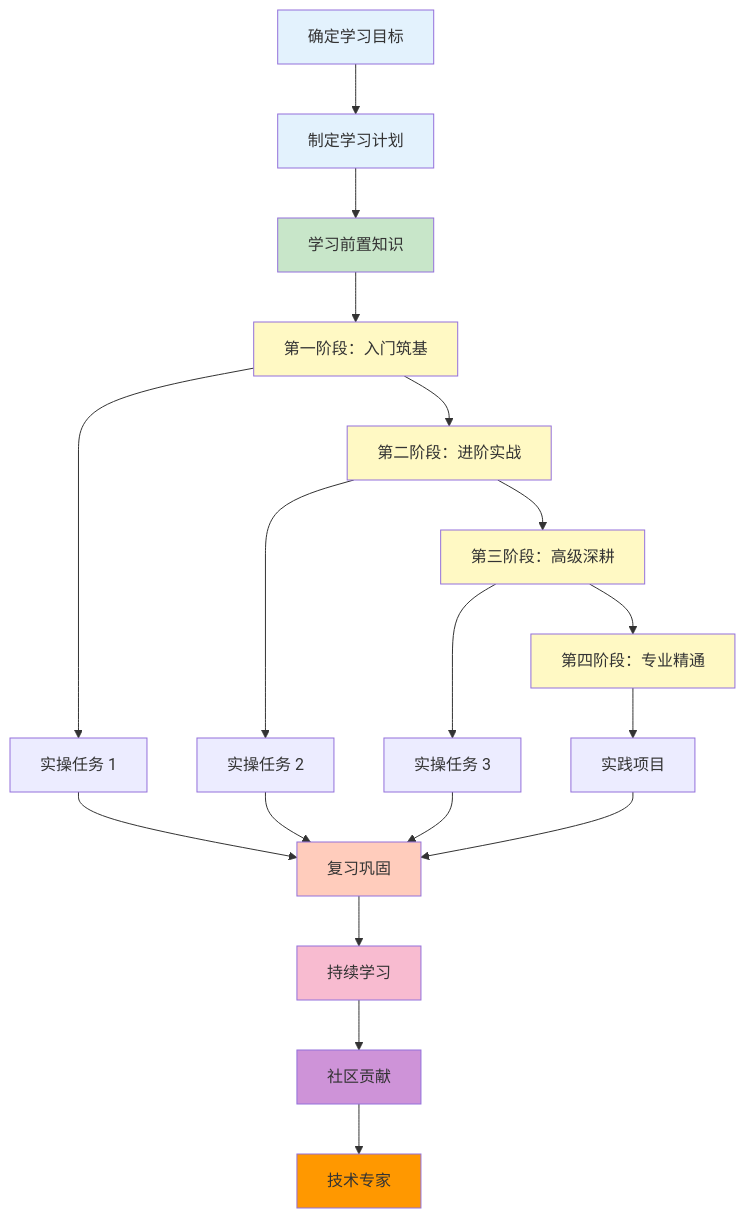
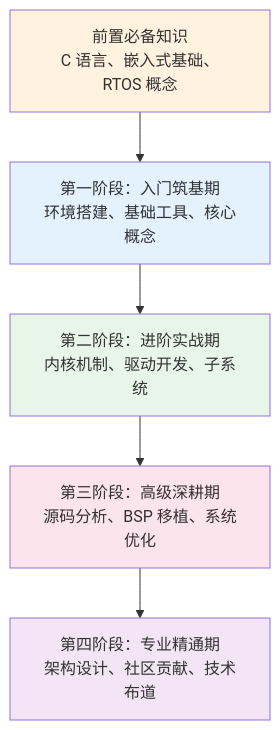
Before and after one commit to X-Gen-Lab/zephyr-learning-system: the third of 4 diagrams in docs/learning-principles/index.md, drawn with Mermaid. The commit also changed other lines of this file, not shown here.

````diff
--- a/docs/learning-principles/index.md
+++ b/docs/learning-principles/index.md
@@ -471,35 +191,13 @@
 ```mermaid
 graph TD
-    A[确定学习目标] --> B[制定学习计划]
-    B --> C[学习前置知识]
-    C --> D[第一阶段：入门筑基]
-    D --> E[第二阶段：进阶实战]
-    E --> F[第三阶段：高级深耕]
-    F --> G[第四阶段：专业精通]
+    A[前置必备知识<br/>C 语言、嵌入式基础、RTOS 概念] --> B[第一阶段：入门筑基期<br/>环境搭建、基础工具、核心概念]
+    B --> C[第二阶段：进阶实战期<br/>内核机制、驱动开发、子系统]
+    C --> D[第三阶段：高级深耕期<br/>源码分析、BSP 移植、系统优化]
+    D --> E[第四阶段：专业精通期<br/>架构设计、社区贡献、技术布道]
     
-    D --> H[实操任务 1]
-    E --> I[实操任务 2]
-    F --> J[实操任务 3]
-    G --> K[实践项目]
-    
-    H --> L[复习巩固]
-    I --> L
-    J --> L
-    K --> L
-    
-    L --> M[持续学习]
-    M --> N[社区贡献]
-    N --> O[技术专家]
-    
-    style A fill:#e3f2fd
+    style A fill:#fff3e0
     style B fill:#e3f2fd
-    style C fill:#c8e6c9
-    style D fill:#fff9c4
-    style E fill:#fff9c4
-    style F fill:#fff9c4
-    style G fill:#fff9c4
-    style L fill:#ffccbc
-    style M fill:#f8bbd0
-    style N fill:#ce93d8
-    style O fill:#ff9800
+    style C fill:#e8f5e9
+    style D fill:#fce4ec
+    style E fill:#f3e5f5
 ```
````
